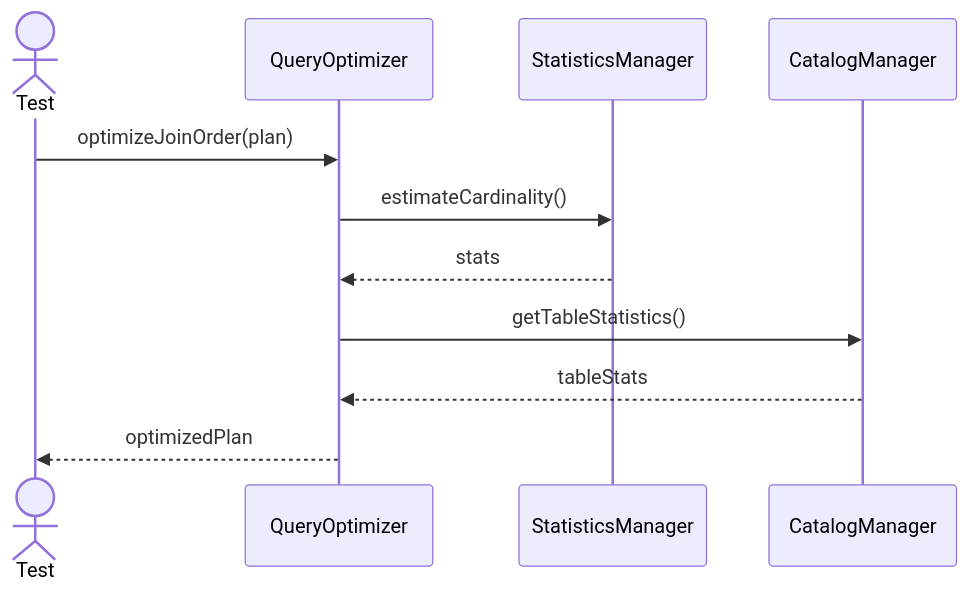
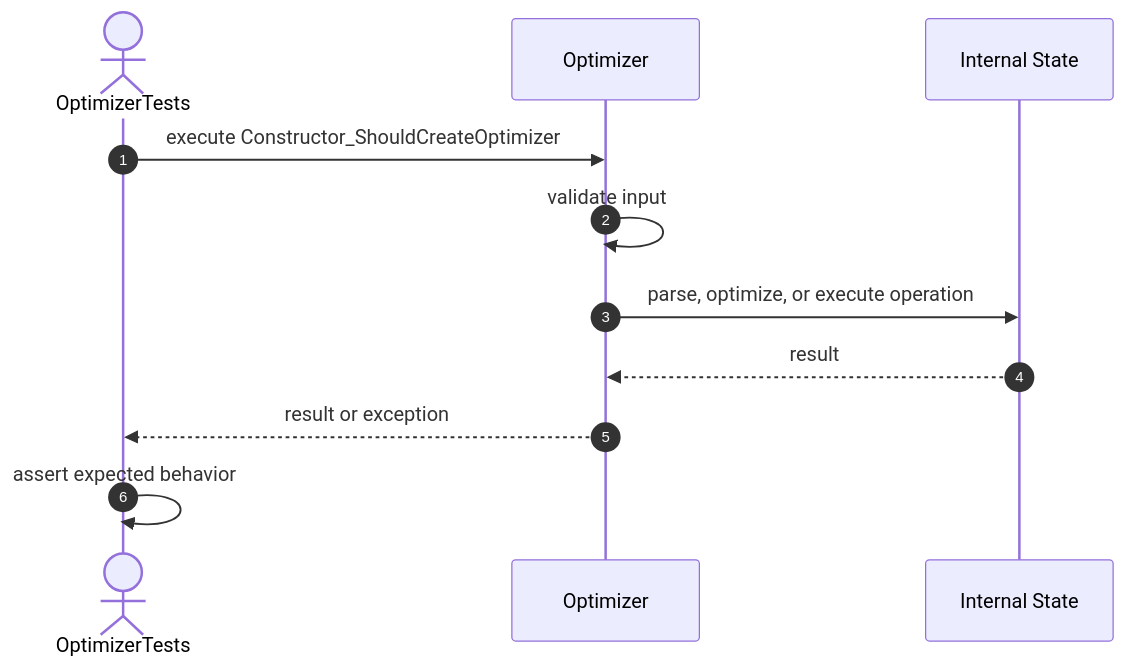
Before and after one commit to FhuAnn/-bbv-AN-s-DBMS: the first of 19 diagrams in src/tests/unit/query/sequences/query-optimizer-testing.se.md, drawn with Mermaid. The commit also changed other lines of this file and 36 other files, not shown here.

````diff
--- a/src/tests/unit/query/sequences/query-optimizer-testing.se.md
+++ b/src/tests/unit/query/sequences/query-optimizer-testing.se.md
@@ -7,14 +9,14 @@
 ```mermaid
 sequenceDiagram
-actor Test
-participant QueryOptimizer
-participant StatisticsManager
-participant CatalogManager
+    autonumber
+    actor Test as OptimizerTests
+    participant Target as Optimizer
+    participant Internal as Internal State
 
-Test->>QueryOptimizer: optimizeJoinOrder(plan)
-QueryOptimizer->>StatisticsManager: estimateCardinality()
-StatisticsManager-->>QueryOptimizer: stats
-QueryOptimizer->>CatalogManager: getTableStatistics()
-CatalogManager-->>QueryOptimizer: tableStats
-QueryOptimizer-->>Test: optimizedPlan
+    Test->>Target: execute Constructor_ShouldCreateOptimizer
+    Target->>Target: validate input
+    Target->>Internal: parse, optimize, or execute operation
+    Internal-->>Target: result
+    Target-->>Test: result or exception
+    Test->>Test: assert expected behavior
 ```
````
